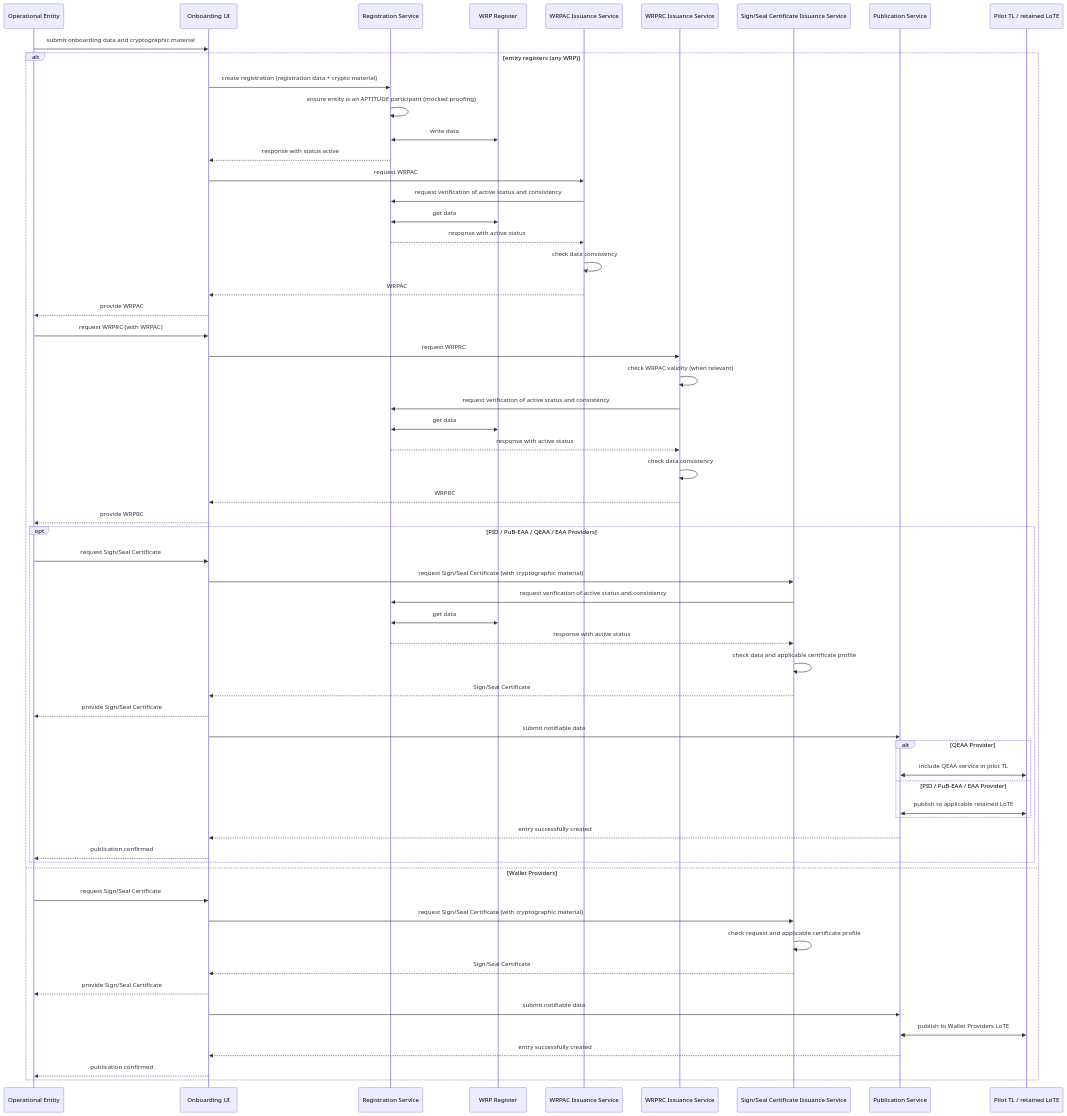
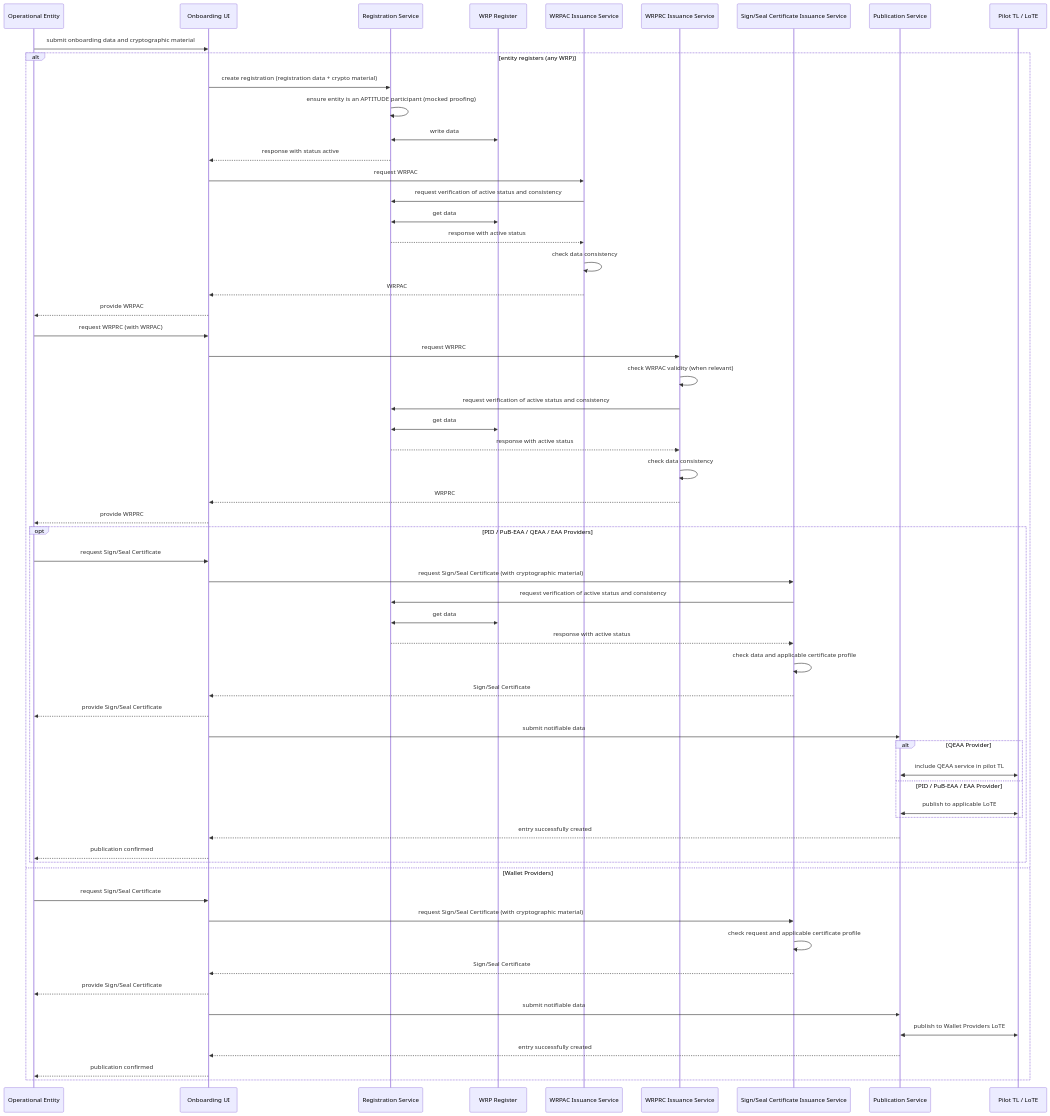
Before and after one commit to APTITUDE-Consortium/wp2-trust-specifications: the fourth of 5 diagrams in docs/topics/onboarding-process.md, drawn with Mermaid. The commit also changed other lines of this file and 16 other files, not shown here.

````diff
--- a/docs/topics/onboarding-process.md
+++ b/docs/topics/onboarding-process.md
@@ -293,64 +290,64 @@
 ```mermaid
 sequenceDiagram
     participant E as Operational Entity
     participant UI as Onboarding UI
     participant RegServ as Registration Service
     participant Register as WRP Register
     participant ACServ as WRPAC Issuance Service
     participant RCServ as WRPRC Issuance Service
     participant SSCServ as Sign/Seal Certificate Issuance Service
     participant PubServ as Publication Service
-    participant TL as Pilot TL / retained LoTE
+    participant TL as Pilot TL / LoTE
 
     E->>UI: submit onboarding data and cryptographic material
     alt entity registers (any WRP)
         UI->>RegServ: create registration (registration data + crypto material)
         RegServ->>RegServ: ensure entity is an APTITUDE participant (mocked proofing)
         RegServ<<->>Register: write data
         RegServ-->>UI: response with status active
         UI->>ACServ: request WRPAC
         ACServ->>RegServ: request verification of active status and consistency
         RegServ<<->>Register: get data
         RegServ-->>ACServ: response with active status
         ACServ->>ACServ: check data consistency
         ACServ-->>UI: WRPAC
         UI-->>E: provide WRPAC
         E->>UI: request WRPRC (with WRPAC)
         UI->>RCServ: request WRPRC
         RCServ->>RCServ: check WRPAC validity (when relevant)
         RCServ->>RegServ: request verification of active status and consistency
         RegServ<<->>Register: get data
         RegServ-->>RCServ: response with active status
         RCServ->>RCServ: check data consistency
         RCServ-->>UI: WRPRC
         UI-->>E: provide WRPRC
         opt PID / PuB-EAA / QEAA / EAA Providers
             E->>UI: request Sign/Seal Certificate
             UI->>SSCServ: request Sign/Seal Certificate (with cryptographic material)
             SSCServ->>RegServ: request verification of active status and consistency
             RegServ<<->>Register: get data
             RegServ-->>SSCServ: response with active status
             SSCServ->>SSCServ: check data and applicable certificate profile
             SSCServ-->>UI: Sign/Seal Certificate
             UI-->>E: provide Sign/Seal Certificate
             UI->>PubServ: submit notifiable data
             alt QEAA Provider
                 PubServ<<->>TL: include QEAA service in pilot TL
             else PID / PuB-EAA / EAA Provider
-                PubServ<<->>TL: publish to applicable retained LoTE
+                PubServ<<->>TL: publish to applicable LoTE
             end
             PubServ-->>UI: entry successfully created
             UI-->>E: publication confirmed
         end
     else Wallet Providers
         E->>UI: request Sign/Seal Certificate
         UI->>SSCServ: request Sign/Seal Certificate (with cryptographic material)
         SSCServ->>SSCServ: check request and applicable certificate profile
         SSCServ-->>UI: Sign/Seal Certificate
         UI-->>E: provide Sign/Seal Certificate
         UI->>PubServ: submit notifiable data
         PubServ<<->>TL: publish to Wallet Providers LoTE
         PubServ-->>UI: entry successfully created
         UI-->>E: publication confirmed
     end
 ```
````
